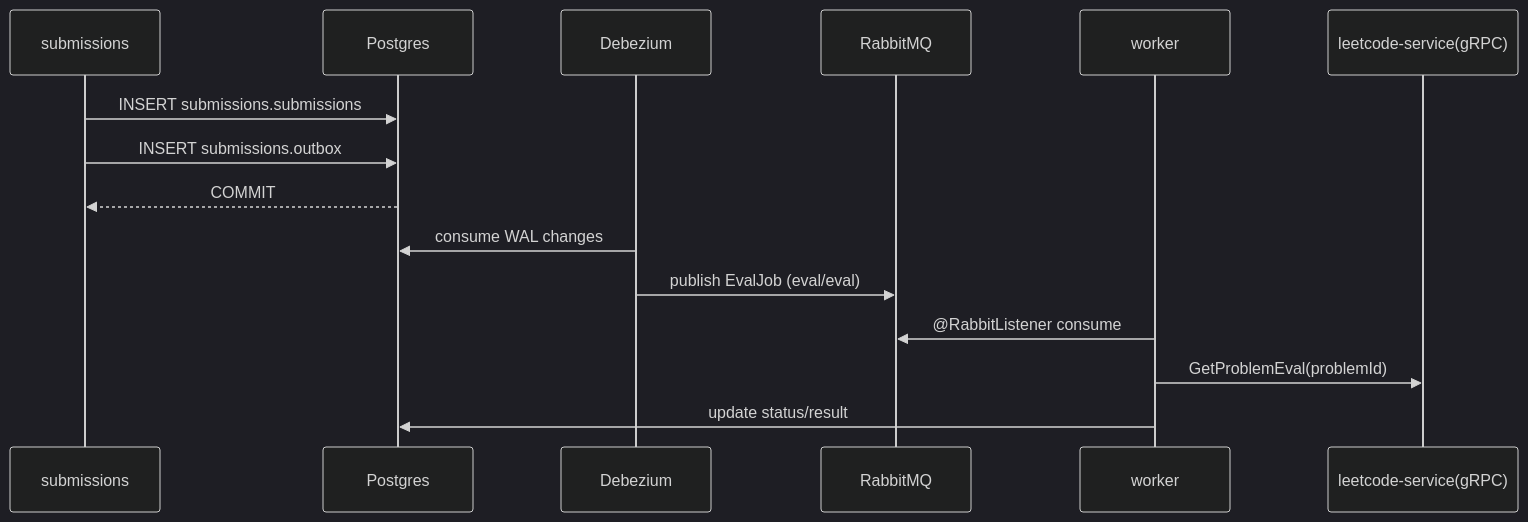
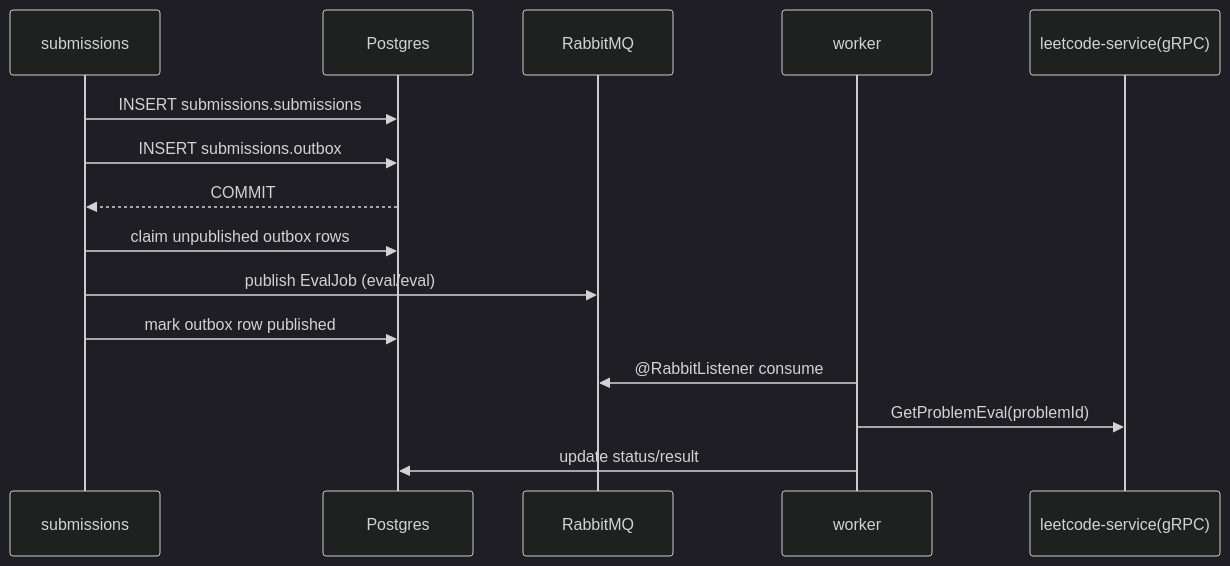
Before and after one commit to FuJacob/leetdoodle: the diagram in docs/backend/contracts/eval-messaging.md, drawn with Mermaid (dark theme). The commit also changed other lines of this file and 41 other files, not shown here.

Commit message:
Replace Debezium with outbox polling and fix space-pan state

````diff
--- a/docs/backend/contracts/eval-messaging.md
+++ b/docs/backend/contracts/eval-messaging.md
@@ -50,18 +50,18 @@
 ```mermaid
 sequenceDiagram
     participant SUB as submissions
     participant PG as Postgres
-    participant DBZ as Debezium
     participant RMQ as RabbitMQ
     participant WRK as worker
     participant LEE as leetcode-service(gRPC)
 
     SUB->>PG: INSERT submissions.submissions
     SUB->>PG: INSERT submissions.outbox
     PG-->>SUB: COMMIT
-    DBZ->>PG: consume WAL changes
-    DBZ->>RMQ: publish EvalJob (eval/eval)
+    SUB->>PG: claim unpublished outbox rows
+    SUB->>RMQ: publish EvalJob (eval/eval)
+    SUB->>PG: mark outbox row published
     WRK->>RMQ: @RabbitListener consume
     WRK->>LEE: GetProblemEval(problemId)
     WRK->>PG: update status/result
 ```
````
